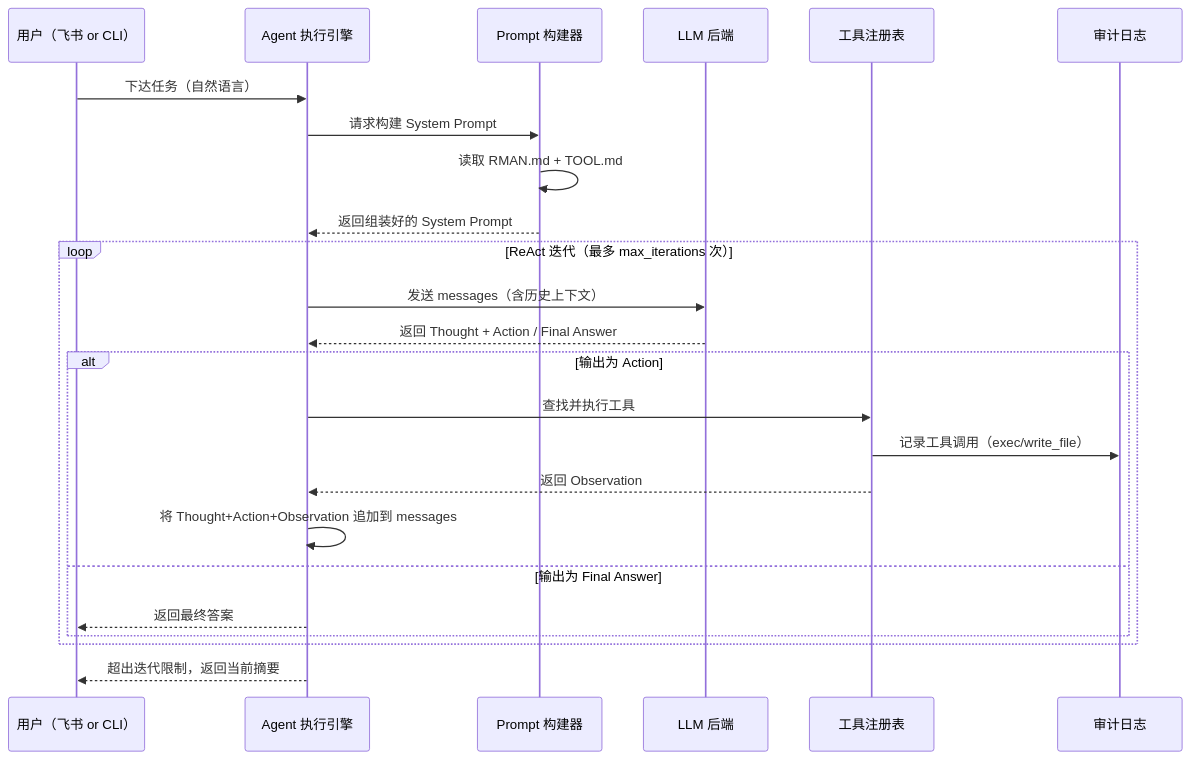
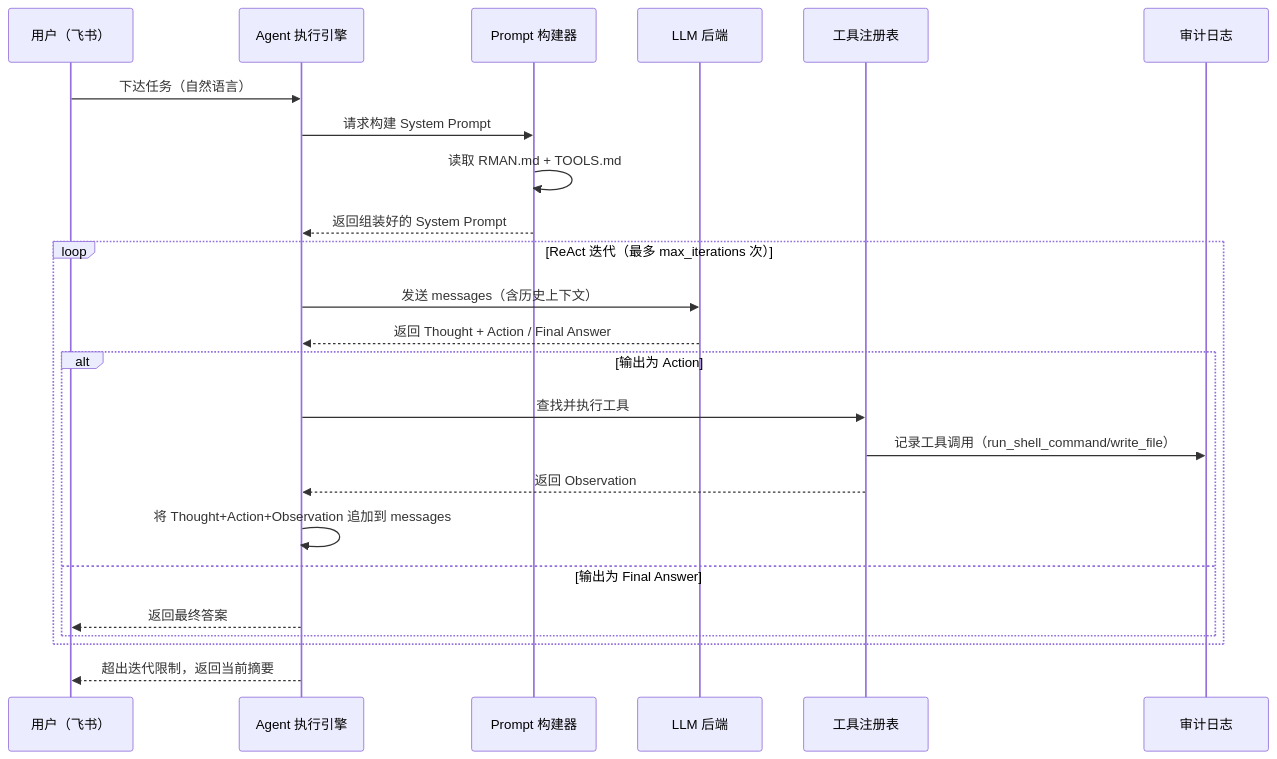
Before and after one commit to zx2015/r_man: the second of 3 diagrams in docs/requirements/core-agent/REQ-CORE-001.md, drawn with Mermaid. The commit also changed other lines of this file and 39 other files, not shown here.

````diff
--- a/docs/requirements/core-agent/REQ-CORE-001.md
+++ b/docs/requirements/core-agent/REQ-CORE-001.md
@@ -384,30 +420,30 @@
 ```mermaid
 sequenceDiagram
-    participant User as 用户（飞书 or CLI）
+    participant User as 用户（飞书）
     participant AgentRunner as Agent 执行引擎
     participant PromptBuilder as Prompt 构建器
     participant LLM as LLM 后端
     participant ToolRegistry as 工具注册表
     participant AuditLog as 审计日志
 
     User->>AgentRunner: 下达任务（自然语言）
     AgentRunner->>PromptBuilder: 请求构建 System Prompt
-    PromptBuilder->>PromptBuilder: 读取 RMAN.md + TOOL.md
+    PromptBuilder->>PromptBuilder: 读取 RMAN.md + TOOLS.md
     PromptBuilder-->>AgentRunner: 返回组装好的 System Prompt
 
     loop ReAct 迭代（最多 max_iterations 次）
         AgentRunner->>LLM: 发送 messages（含历史上下文）
         LLM-->>AgentRunner: 返回 Thought + Action / Final Answer
 
         alt 输出为 Action
             AgentRunner->>ToolRegistry: 查找并执行工具
-            ToolRegistry->>AuditLog: 记录工具调用（exec/write_file）
+            ToolRegistry->>AuditLog: 记录工具调用（run_shell_command/write_file）
             ToolRegistry-->>AgentRunner: 返回 Observation
             AgentRunner->>AgentRunner: 将 Thought+Action+Observation 追加到 messages
         else 输出为 Final Answer
             AgentRunner-->>User: 返回最终答案
         end
     end
 
     AgentRunner-->>User: 超出迭代限制，返回当前摘要
 ```
````
